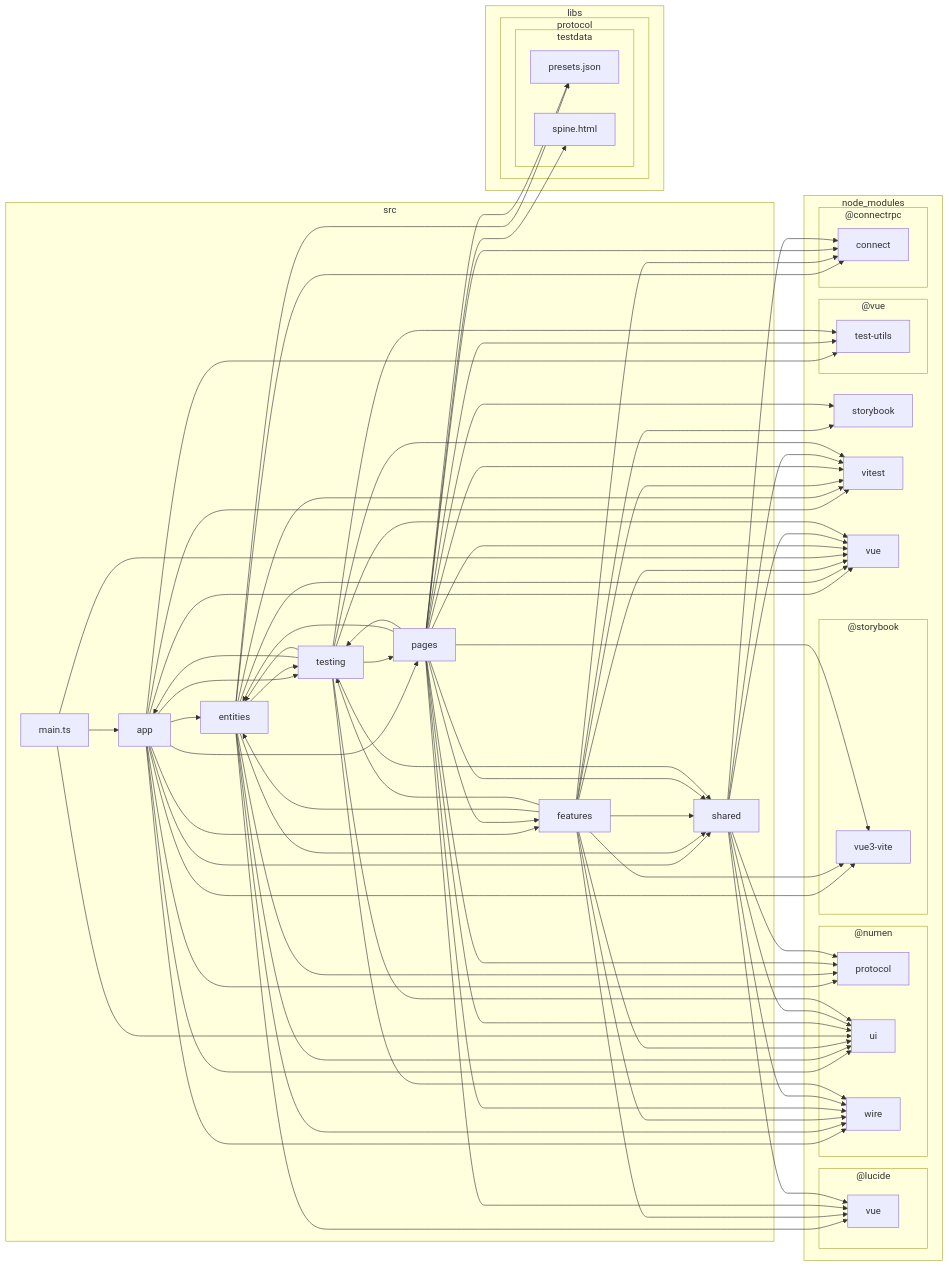
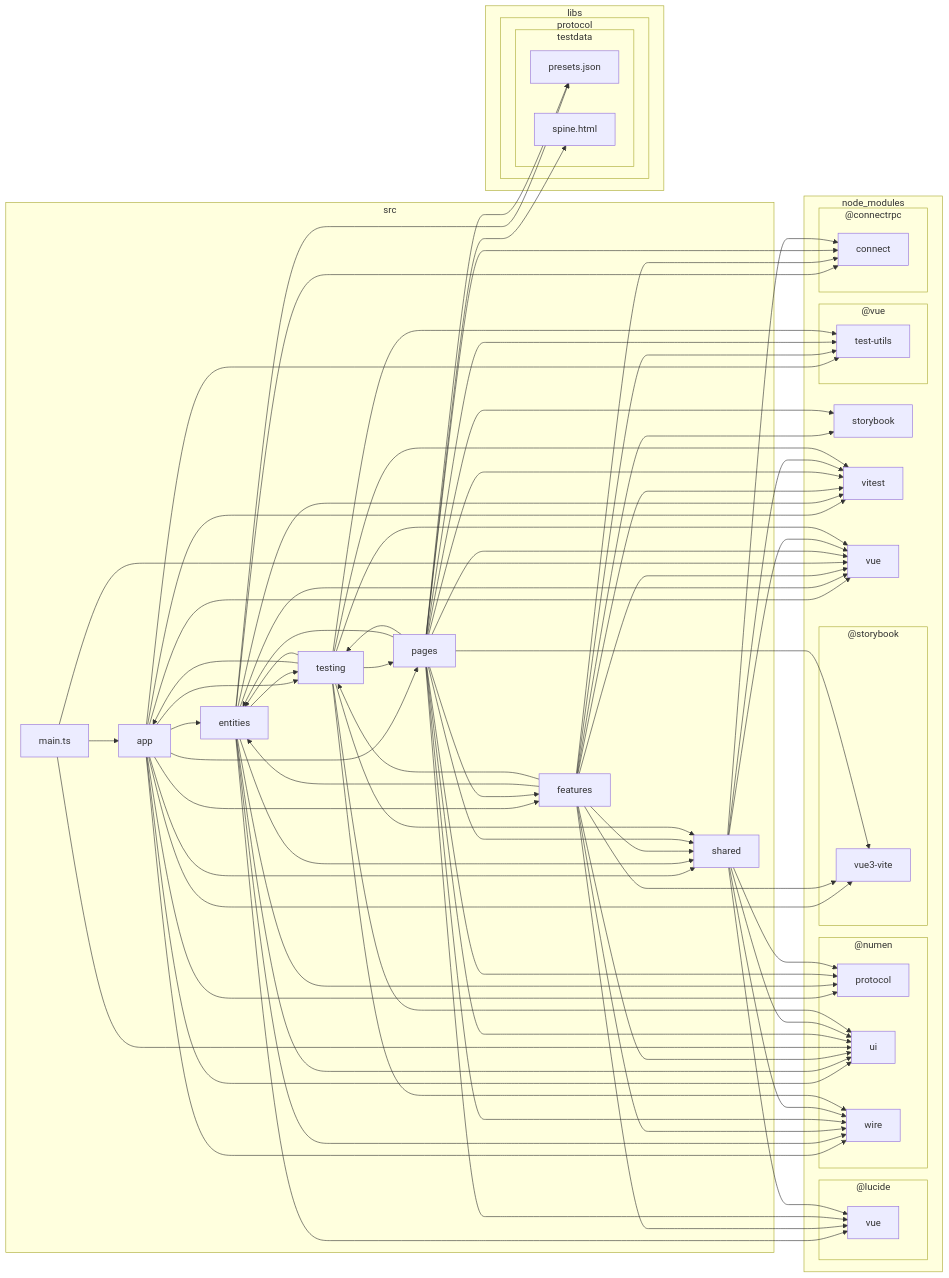
Before and after one commit to jiva-studio/numen: the third of 5 diagrams in docs/dependencies.md, drawn with Mermaid.

Commit message:
docs(docs): update dependencies.md for layout tests

```diff
--- a/docs/dependencies.md
+++ b/docs/dependencies.md
@@ -244,6 +244,7 @@
 R-->F
 R-->G
 R-->I
+R-->K
 R-->L
 R-->M
 R-->N
```
